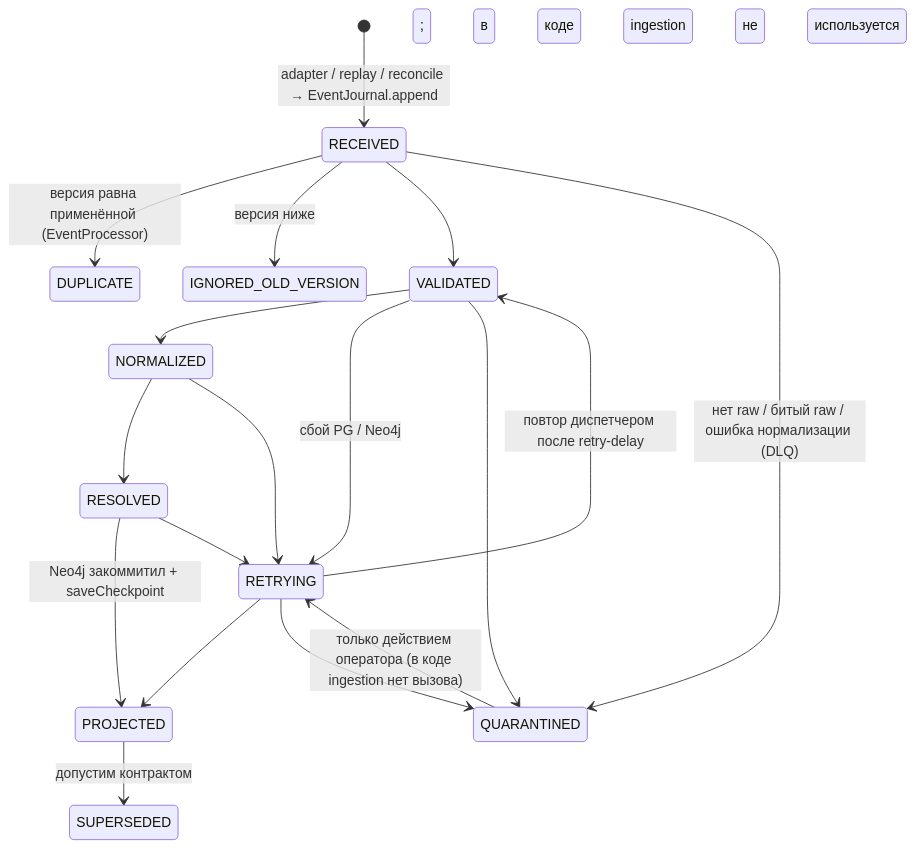
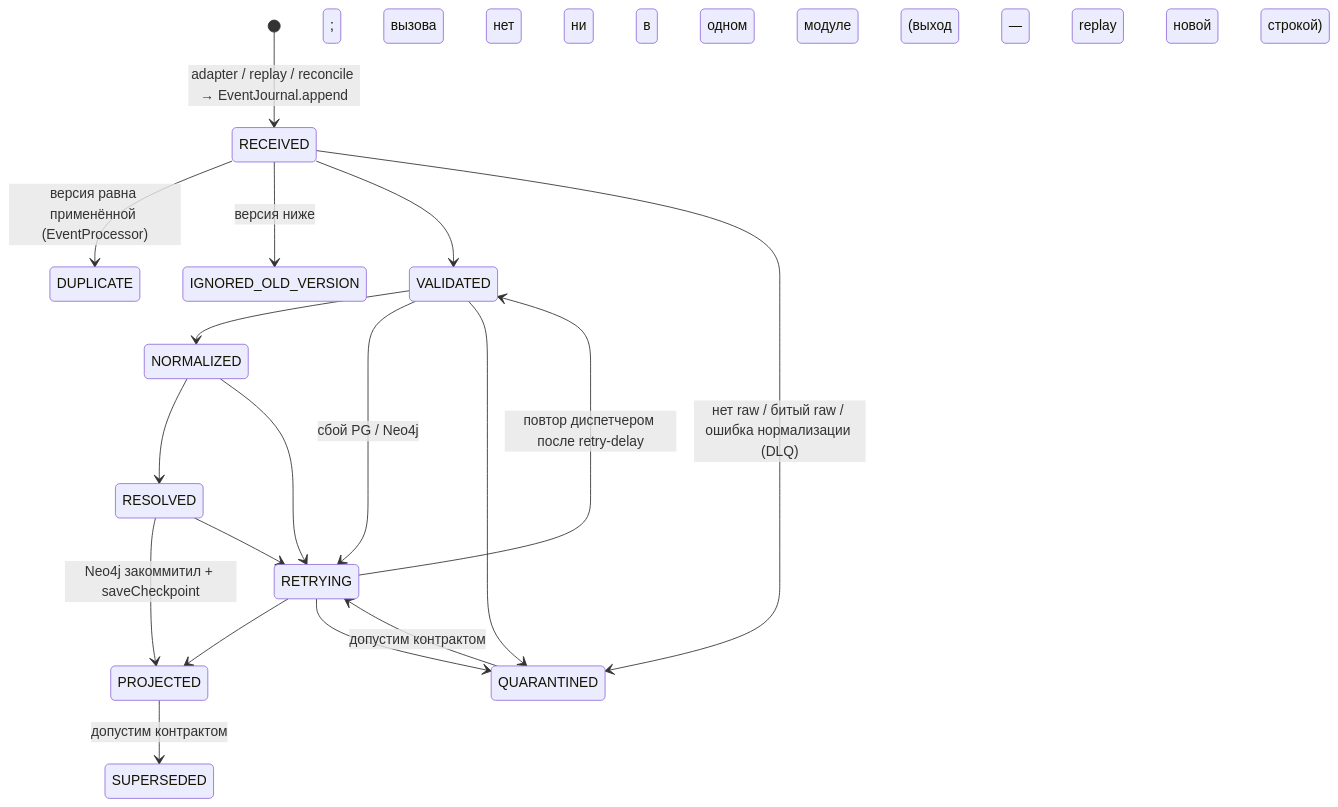
Before and after one commit to Unlocker/architecture-rag: the fifth of 5 diagrams in _reversa_sdd/flowcharts/ingestion-service.md, drawn with Mermaid. The commit also changed 5 other files, not shown here.

````diff
--- a/_reversa_sdd/flowcharts/ingestion-service.md
+++ b/_reversa_sdd/flowcharts/ingestion-service.md
@@ -93,20 +93,20 @@
 ```mermaid
 stateDiagram-v2
   [*] --> RECEIVED: adapter / replay / reconcile → EventJournal.append
   RECEIVED --> DUPLICATE: версия равна применённой (EventProcessor)
   RECEIVED --> IGNORED_OLD_VERSION: версия ниже
   RECEIVED --> VALIDATED
   VALIDATED --> NORMALIZED
   NORMALIZED --> RESOLVED
   RESOLVED --> PROJECTED: Neo4j закоммитил + saveCheckpoint
   VALIDATED --> RETRYING: сбой PG / Neo4j
   NORMALIZED --> RETRYING
   RESOLVED --> RETRYING
   RECEIVED --> QUARANTINED: нет raw / битый raw / ошибка нормализации (DLQ)
   VALIDATED --> QUARANTINED
   RETRYING --> VALIDATED: повтор диспетчером после retry-delay
   RETRYING --> PROJECTED
   RETRYING --> QUARANTINED
-  QUARANTINED --> RETRYING: только действием оператора (в коде ingestion нет вызова)
-  PROJECTED --> SUPERSEDED: допустим контрактом; в коде ingestion не используется
+  QUARANTINED --> RETRYING: допустим контрактом; вызова нет ни в одном модуле (выход — replay новой строкой)
+  PROJECTED --> SUPERSEDED: допустим контрактом; вызова нет ни в одном модуле
 ```
````
